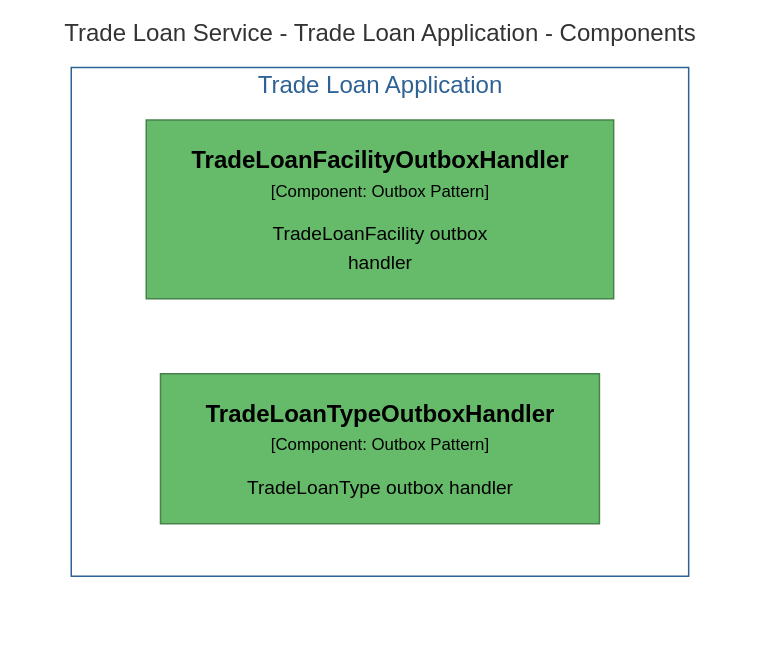
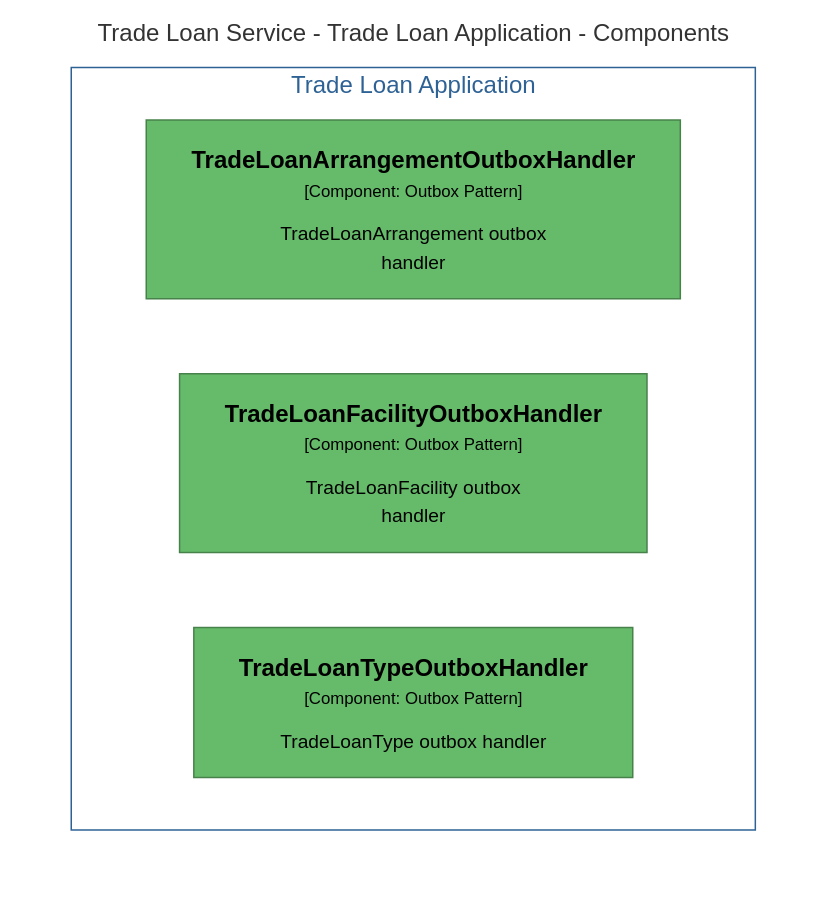
Before and after one commit to ghazalehjozani/nova: the diagram in documents/c4/mermaid/Components_4.mmd, drawn with Mermaid. The commit also changed 116 other files, not shown here.

```diff
--- a/documents/c4/mermaid/Components_4.mmd
+++ b/documents/c4/mermaid/Components_4.mmd
@@ -1,16 +1,18 @@
 graph TB
   linkStyle default fill:#ffffff
 
   subgraph diagram ["Trade Loan Service - Trade Loan Application - Components"]
     style diagram fill:#ffffff,stroke:#ffffff
 
     subgraph 11 ["Trade Loan Application"]
       style 11 fill:#ffffff,stroke:#2e6295,color:#2e6295
 
-      140["<div style='font-weight: bold'>TradeLoanFacilityOutboxHandler</div><div style='font-size: 70%; margin-top: 0px'>[Component: Outbox Pattern]</div><div style='font-size: 80%; margin-top:10px'>TradeLoanFacility outbox<br />handler</div>"]
+      140["<div style='font-weight: bold'>TradeLoanArrangementOutboxHandler</div><div style='font-size: 70%; margin-top: 0px'>[Component: Outbox Pattern]</div><div style='font-size: 80%; margin-top:10px'>TradeLoanArrangement outbox<br />handler</div>"]
       style 140 fill:#66bb6a,stroke:#47824a,color:#000000
-      141["<div style='font-weight: bold'>TradeLoanTypeOutboxHandler</div><div style='font-size: 70%; margin-top: 0px'>[Component: Outbox Pattern]</div><div style='font-size: 80%; margin-top:10px'>TradeLoanType outbox handler</div>"]
+      141["<div style='font-weight: bold'>TradeLoanFacilityOutboxHandler</div><div style='font-size: 70%; margin-top: 0px'>[Component: Outbox Pattern]</div><div style='font-size: 80%; margin-top:10px'>TradeLoanFacility outbox<br />handler</div>"]
       style 141 fill:#66bb6a,stroke:#47824a,color:#000000
+      142["<div style='font-weight: bold'>TradeLoanTypeOutboxHandler</div><div style='font-size: 70%; margin-top: 0px'>[Component: Outbox Pattern]</div><div style='font-size: 80%; margin-top:10px'>TradeLoanType outbox handler</div>"]
+      style 142 fill:#66bb6a,stroke:#47824a,color:#000000
     end
 
   end
```
